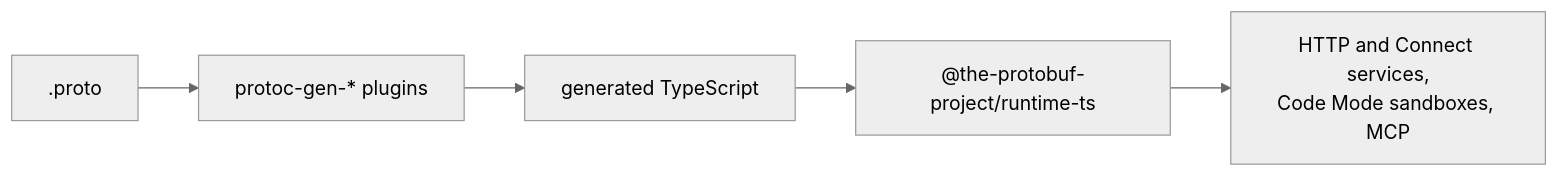
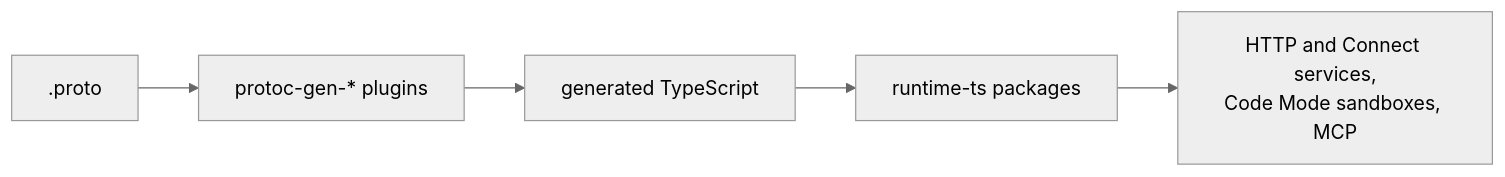
One commit to the-protobuf-project/runtime-ts changed the diagram in README.md. Above: the diagram before and after it, drawn with Mermaid (neutral theme). The commit also changed other lines of this file and 116 other files, not shown here.

````diff
--- a/README.md
+++ b/README.md
@@ -17,7 +17,7 @@
 ```mermaid
 flowchart LR
     proto[".proto"] --> plugins["protoc-gen-* plugins"]
     plugins --> gen["generated TypeScript"]
-    gen --> rt["@the-protobuf-project/runtime-ts"]
+    gen --> rt["runtime-ts packages"]
     rt --> out["HTTP and Connect services,<br/>Code Mode sandboxes, MCP"]
 ```
````
